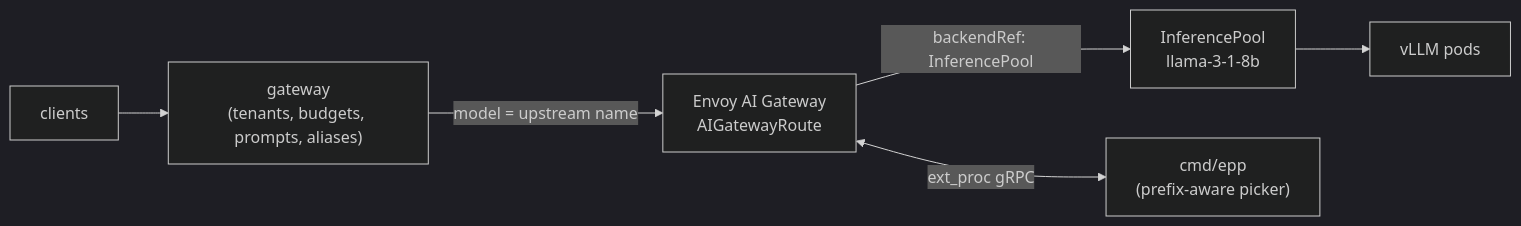
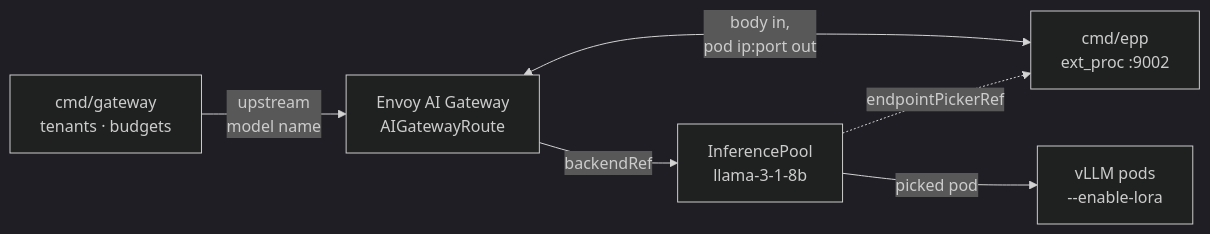
The fourth of 4 diagrams in README.md (nitishsjsucs/multi-tenant-inference-gateway), drawn with Mermaid (dark theme) before and after one commit. The commit also changed other lines of this file and 14 other files, not shown here.

First line of the commit message:
Rewrite README around diagrams; move design detail to docs/

````diff
--- a/README.md
+++ b/README.md
@@ -385,8 +123,8 @@
 ```mermaid
 flowchart LR
-    c["clients"] --> g["gateway<br/>(tenants, budgets, prompts, aliases)"]
-    g -->|"model = upstream name"| e["Envoy AI Gateway<br/>AIGatewayRoute"]
-    e -->|"backendRef: InferencePool"| p["InferencePool<br/>llama-3-1-8b"]
-    e <-->|"ext_proc gRPC"| epp["cmd/epp<br/>(prefix-aware picker)"]
-    p --> v["vLLM pods"]
+    g["cmd/gateway<br/>tenants · budgets"] -->|"upstream<br/>model name"| e["Envoy AI Gateway<br/>AIGatewayRoute"]
+    e -->|"backendRef"| p["InferencePool<br/>llama-3-1-8b"]
+    p -.->|"endpointPickerRef"| epp["cmd/epp<br/>ext_proc :9002"]
+    e <-->|"body in,<br/>pod ip:port out"| epp
+    p -->|"picked pod"| v["vLLM pods<br/>--enable-lora"]
 ```
````
